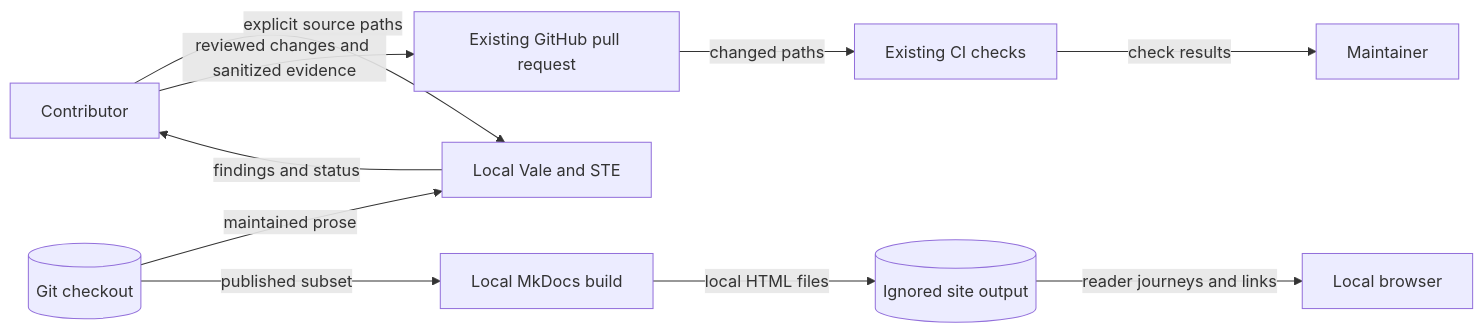
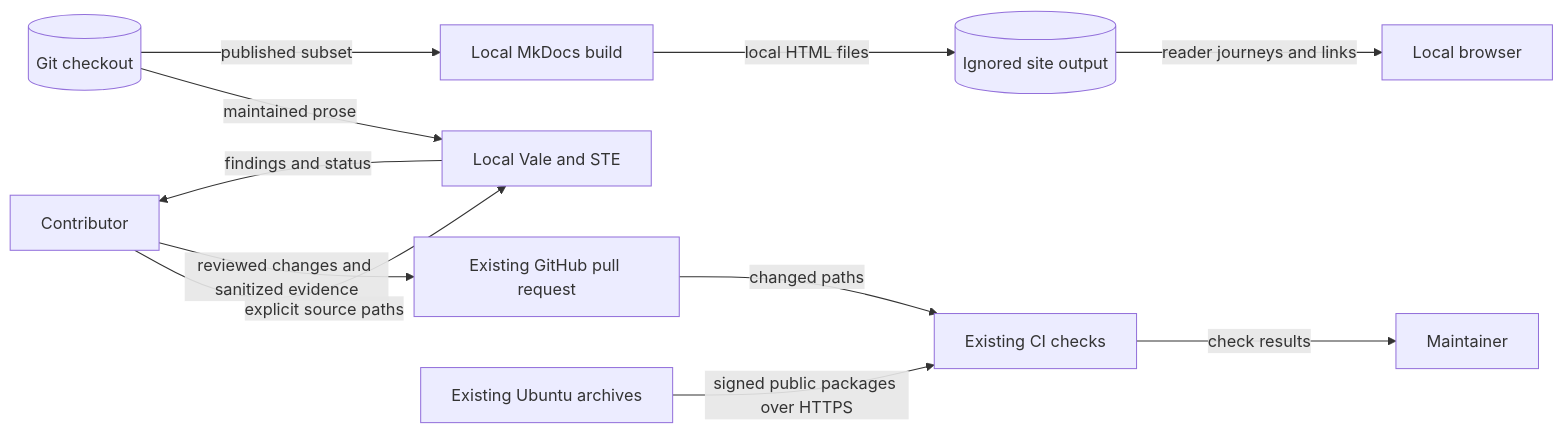
The diagram in docs/architecture/contributor-documentation-design-2809.md (OpenRAE/bigrae), drawn with Mermaid before and after one commit. The commit also changed other lines of this file and 3 other files, not shown here.

Commit message:
fix: use HTTPS for gateway package archives

````diff
--- a/docs/architecture/contributor-documentation-design-2809.md
+++ b/docs/architecture/contributor-documentation-design-2809.md
@@ -104,12 +111,13 @@
 ```mermaid
 flowchart LR
     Author[Contributor] -->|explicit source paths| Check[Local Vale and STE]
     Git[(Git checkout)] -->|maintained prose| Check
     Git -->|published subset| Build[Local MkDocs build]
     Check -->|findings and status| Author
     Build -->|local HTML files| Render[(Ignored site output)]
     Render -->|reader journeys and links| Reader[Local browser]
     Author -->|reviewed changes and sanitized evidence| PR[Existing GitHub pull request]
     PR -->|changed paths| CI[Existing CI checks]
+    Archive[Existing Ubuntu archives] -->|signed public packages over HTTPS| CI
     CI -->|check results| Maintainer[Maintainer]
 ```
````
